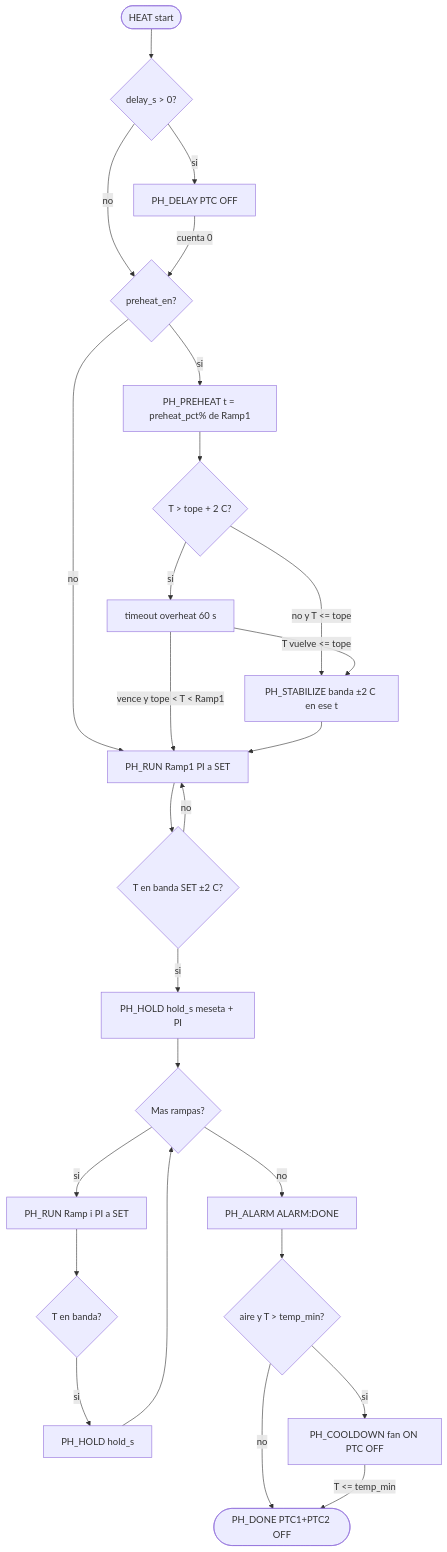
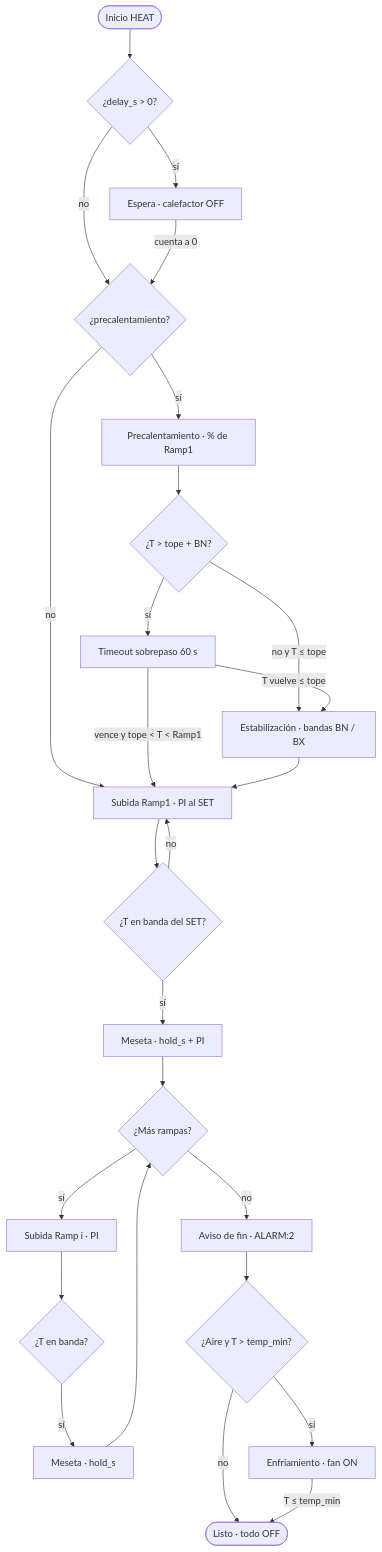
The diagram in firmware/avr/doc/program_flows.md (krisskira/smd-soldering-hotplate), drawn with Mermaid before and after one commit. The commit also changed other lines of this file and 59 other files, not shown here.

````diff
--- a/firmware/avr/doc/program_flows.md
+++ b/firmware/avr/doc/program_flows.md
@@ -81,28 +99,28 @@
 ```mermaid
 flowchart TD
-  start([HEAT start]) --> dly{"delay_s > 0?"}
-  dly -->|si| wait[PH_DELAY PTC OFF]
+  start([Inicio HEAT]) --> dly{"¿delay_s > 0?"}
+  dly -->|sí| wait[Espera · calefactor OFF]
   dly -->|no| phen
-  wait -->|cuenta 0| phen{"preheat_en?"}
-  phen -->|no| r1["PH_RUN Ramp1 PI a SET"]
-  phen -->|si| pre["PH_PREHEAT t = preheat_pct% de Ramp1"]
-  pre --> hi{"T > tope + 2 C?"}
-  hi -->|no y T <= tope| stab["PH_STABILIZE banda ±2 C en ese t"]
-  hi -->|si| ov["timeout overheat 60 s"]
-  ov -->|T vuelve <= tope| stab
-  ov -->|vence y tope < T < Ramp1| r1["PH_RUN Ramp1 PI a SET"]
+  wait -->|cuenta a 0| phen{"¿precalentamiento?"}
+  phen -->|no| r1["Subida Ramp1 · PI al SET"]
+  phen -->|sí| pre["Precalentamiento · % de Ramp1"]
+  pre --> hi{"¿T > tope + BN?"}
+  hi -->|no y T ≤ tope| stab["Estabilización · bandas BN / BX"]
+  hi -->|sí| ov["Timeout sobrepaso 60 s"]
+  ov -->|T vuelve ≤ tope| stab
+  ov -->|vence y tope < T < Ramp1| r1
   stab --> r1
-  r1 --> band{"T en banda SET ±2 C?"}
+  r1 --> band{"¿T en banda del SET?"}
   band -->|no| r1
-  band -->|si| h1["PH_HOLD hold_s meseta + PI"]
-  h1 --> more{Mas rampas?}
-  more -->|si| rn["PH_RUN Ramp i PI a SET"]
-  rn --> band2{"T en banda?"}
-  band2 -->|si| hn["PH_HOLD hold_s"]
+  band -->|sí| h1["Meseta · hold_s + PI"]
+  h1 --> more{¿Más rampas?}
+  more -->|sí| rn["Subida Ramp i · PI"]
+  rn --> band2{"¿T en banda?"}
+  band2 -->|sí| hn["Meseta · hold_s"]
   hn --> more
-  more -->|no| alrm["PH_ALARM ALARM:DONE"]
-  alrm --> cool{"aire y T > temp_min?"}
-  cool -->|si| cd["PH_COOLDOWN fan ON PTC OFF"]
-  cool -->|no| done(["PH_DONE PTC1+PTC2 OFF"])
-  cd -->|T <= temp_min| done
+  more -->|no| alrm["Aviso de fin · ALARM:2"]
+  alrm --> cool{"¿Aire y T > temp_min?"}
+  cool -->|sí| cd["Enfriamiento · fan ON"]
+  cool -->|no| done(["Listo · todo OFF"])
+  cd -->|T ≤ temp_min| done
 ```
````
